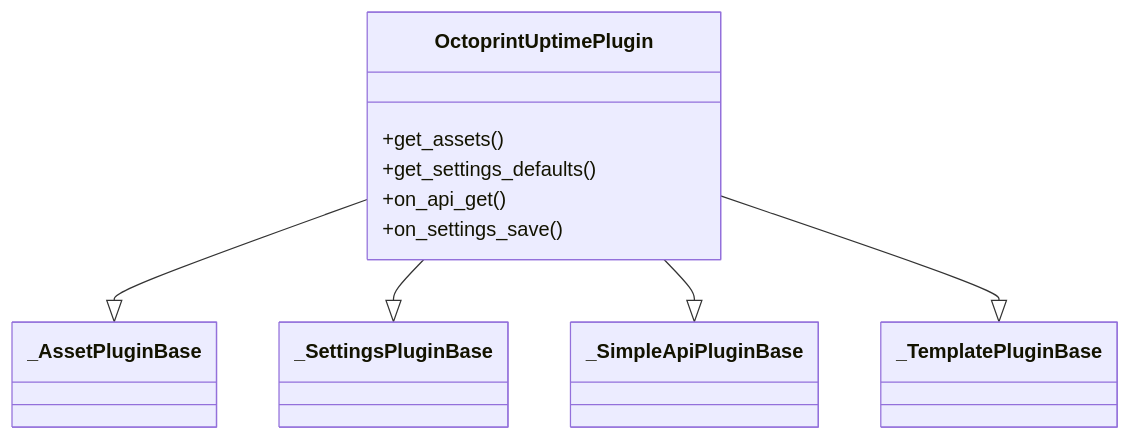
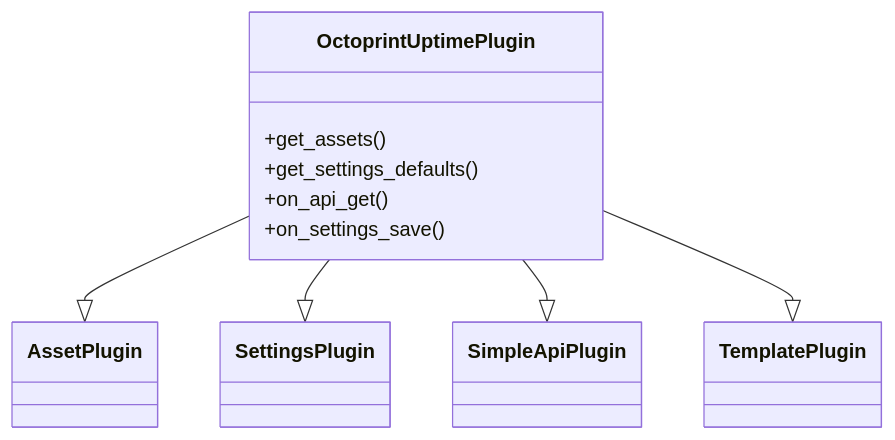
The diagram in docs/reference/diagrams/overview.md (Ajimaru/OctoPrint-Uptime), drawn with Mermaid before and after one commit. The commit also changed 8 other files, not shown here.

````diff
--- a/docs/reference/diagrams/overview.md
+++ b/docs/reference/diagrams/overview.md
@@ -7,18 +7,18 @@
 ```mermaid
 classDiagram
     class OctoprintUptimePlugin {
       +get_assets()
       +get_settings_defaults()
       +on_api_get()
       +on_settings_save()
     }
-    class _AssetPluginBase
-    class _SettingsPluginBase
-    class _SimpleApiPluginBase
-    class _TemplatePluginBase
+    class AssetPlugin
+    class SettingsPlugin
+    class SimpleApiPlugin
+    class TemplatePlugin
 
-    OctoprintUptimePlugin --|> _AssetPluginBase
-    OctoprintUptimePlugin --|> _SettingsPluginBase
-    OctoprintUptimePlugin --|> _SimpleApiPluginBase
-    OctoprintUptimePlugin --|> _TemplatePluginBase
+    OctoprintUptimePlugin --|> AssetPlugin
+    OctoprintUptimePlugin --|> SettingsPlugin
+    OctoprintUptimePlugin --|> SimpleApiPlugin
+    OctoprintUptimePlugin --|> TemplatePlugin
 ```
````
